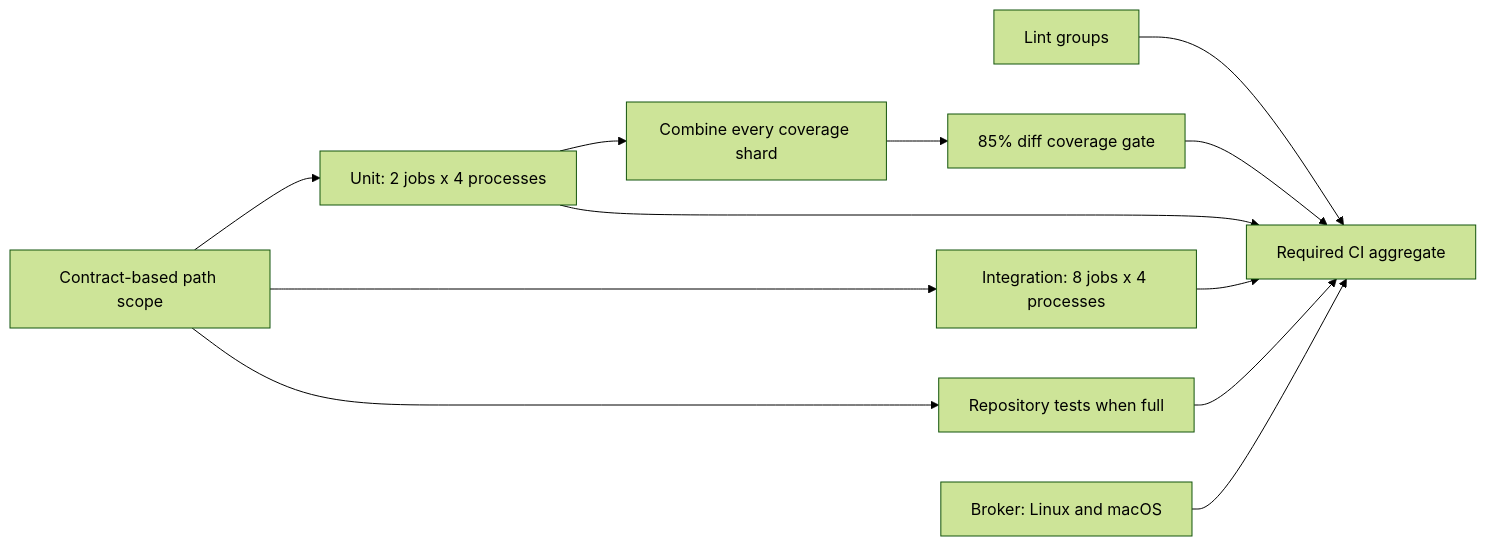
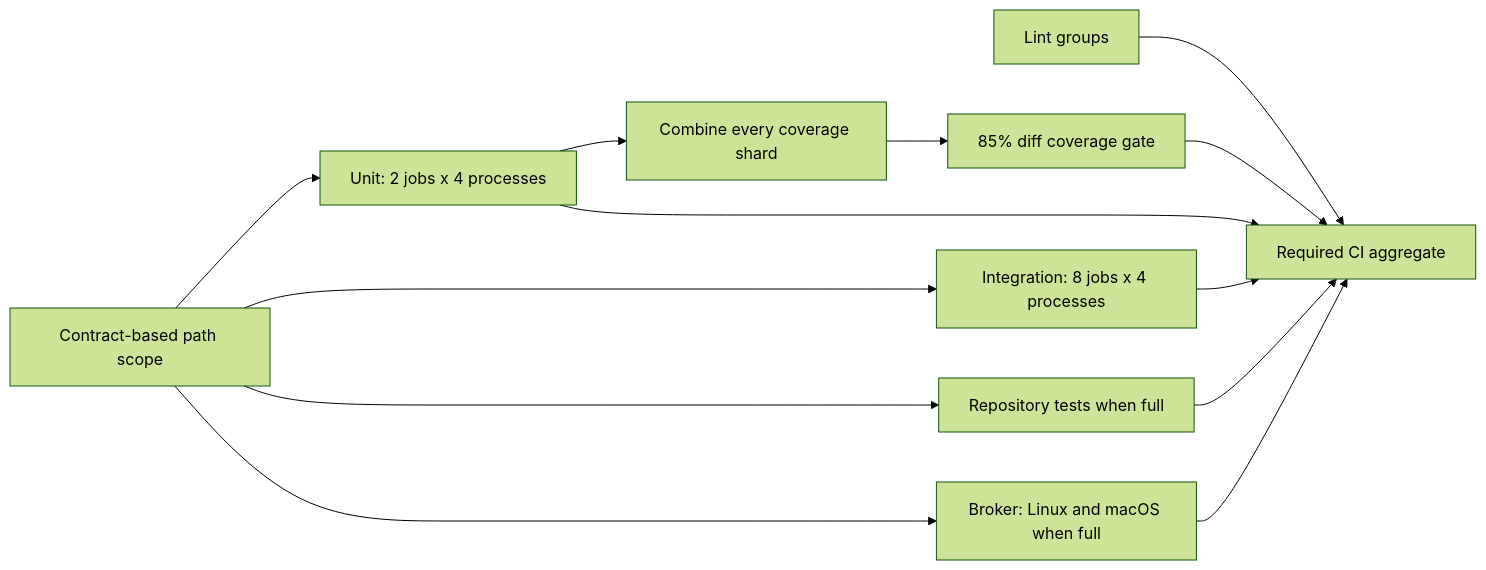
Before and after one commit to windroc-labs/ensemble: the diagram in docs/tests.md, drawn with Mermaid (forest theme). The commit also changed other lines of this file and 4 other files, not shown here.

````diff
--- a/docs/tests.md
+++ b/docs/tests.md
@@ -114,14 +117,15 @@
 ```mermaid
 flowchart LR
     S[Contract-based path scope] --> U
     S --> I
     S --> R[Repository tests when full]
+    S --> B
     L[Lint groups] --> CI[Required CI aggregate]
     U[Unit: 2 jobs x 4 processes] --> C[Combine every coverage shard]
     C --> G[85% diff coverage gate]
     G --> CI
     U --> CI
     I[Integration: 8 jobs x 4 processes] --> CI
     R --> CI
-    B[Broker: Linux and macOS] --> CI
+    B[Broker: Linux and macOS when full] --> CI
 ```
````
